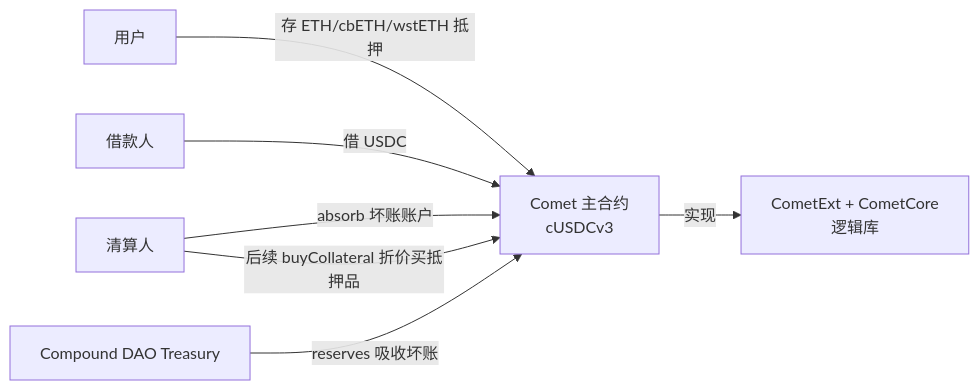
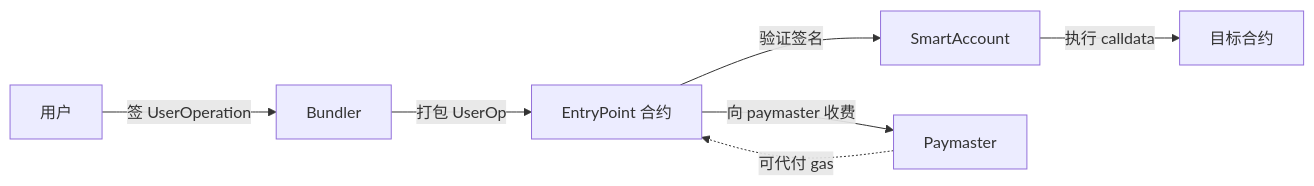
One commit to ChuwuYo/misc-files changed diagram 18 of 20 in web3-engineer-guide/06-DeFi协议工程/README.md. Above: the diagram before and after it, drawn with Mermaid. The commit also changed other lines of this file and 211 other files, not shown here.

````diff
--- a/web3-engineer-guide/06-DeFi协议工程/README.md
+++ b/web3-engineer-guide/06-DeFi协议工程/README.md
@@ -1432,10 +1267,9 @@
 ```mermaid
 flowchart LR
-    Comet[Comet 主合约<br/>cUSDCv3] -->|实现| Logic[CometExt + CometCore<br/>逻辑库]
-    User[用户] -->|存 ETH/cbETH/wstETH 抵押| Comet
-    User2[借款人] -->|借 USDC| Comet
-    Liq[清算人] -->|absorb 坏账账户| Comet
-    Liq -->|后续 buyCollateral 折价买抵押品| Comet
-
-    Treasury[Compound DAO Treasury] -->|reserves 吸收坏账| Comet
+    U[用户] -->|签 UserOperation| B[Bundler]
+    B -->|打包 UserOp| EP[EntryPoint 合约]
+    EP -->|验证签名| SA[SmartAccount]
+    SA -->|执行 calldata| Target[目标合约]
+    EP -->|向 paymaster 收费| PM[Paymaster]
+    PM -.可代付 gas.-> EP
 ```
````
